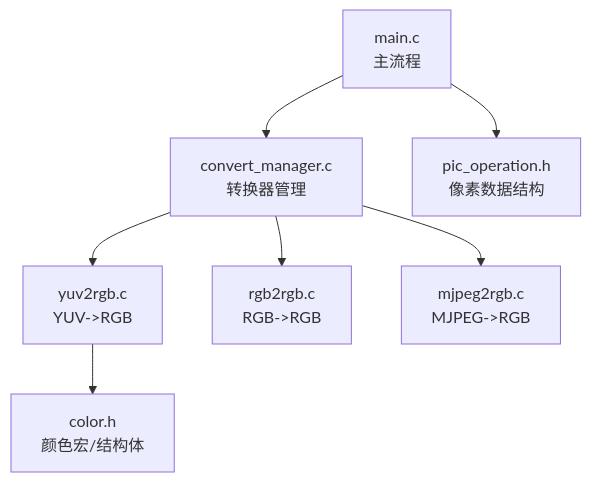
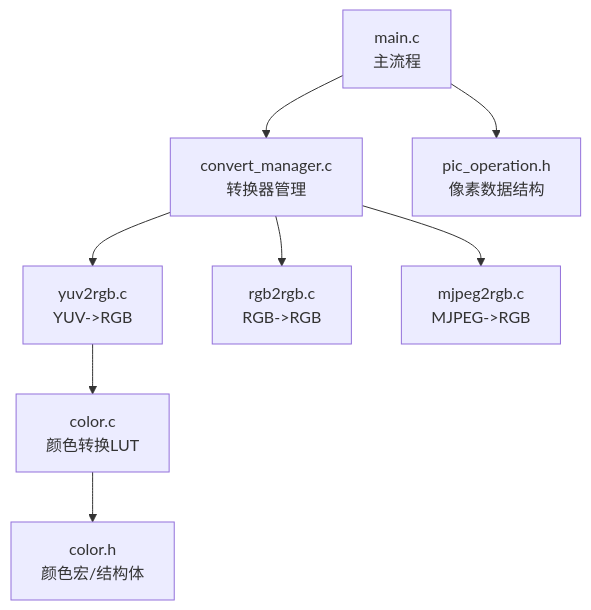
One commit to yhzpy/myLinuxCamera changed the first of 6 diagrams in .qoder/repowiki/zh/content/格式转换系统/YUV到RGB转换.md. Above: the diagram before and after it, drawn with Mermaid. The commit also changed other lines of this file and 17 other files, not shown here.

````diff
--- a/.qoder/repowiki/zh/content/格式转换系统/YUV到RGB转换.md
+++ b/.qoder/repowiki/zh/content/格式转换系统/YUV到RGB转换.md
@@ -45,9 +56,10 @@
 ```mermaid
 graph TB
 A["main.c<br/>主流程"] --> B["convert_manager.c<br/>转换器管理"]
 B --> C["yuv2rgb.c<br/>YUV->RGB"]
 B --> D["rgb2rgb.c<br/>RGB->RGB"]
 B --> E["mjpeg2rgb.c<br/>MJPEG->RGB"]
-C --> F["color.h<br/>颜色宏/结构体"]
-A --> G["pic_operation.h<br/>像素数据结构"]
+C --> F["color.c<br/>颜色转换LUT"]
+F --> G["color.h<br/>颜色宏/结构体"]
+A --> H["pic_operation.h<br/>像素数据结构"]
 ```
````
